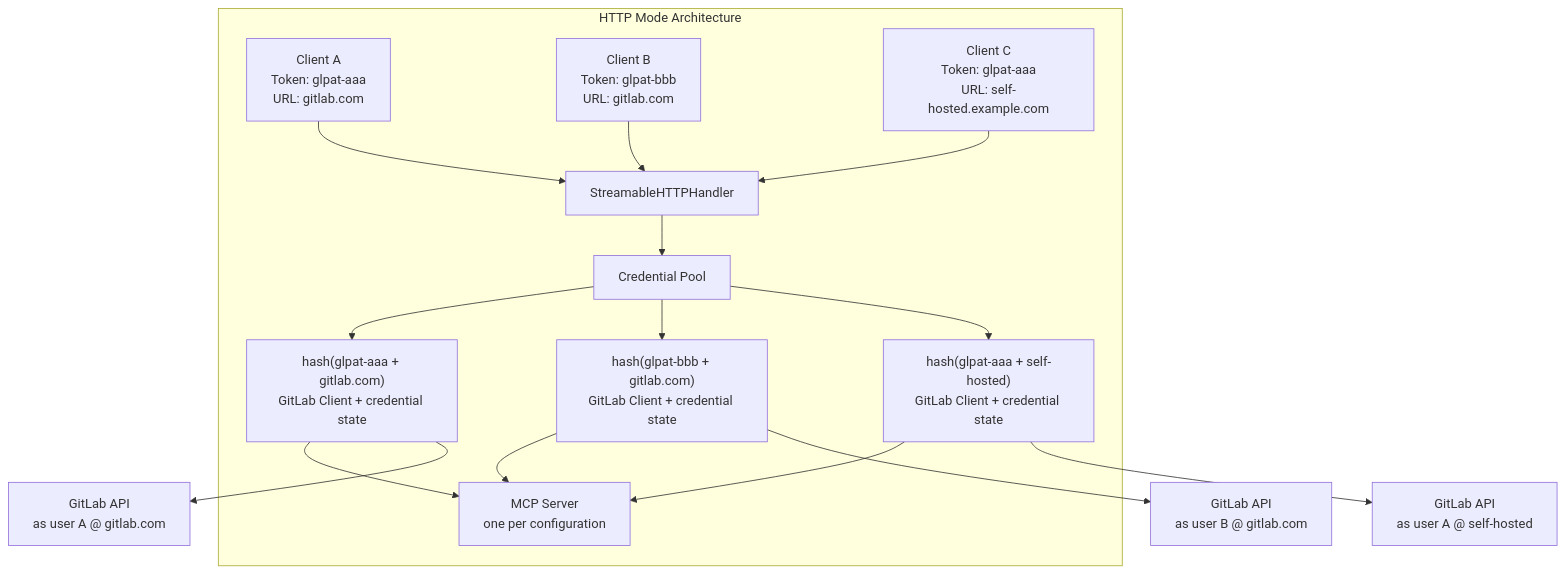
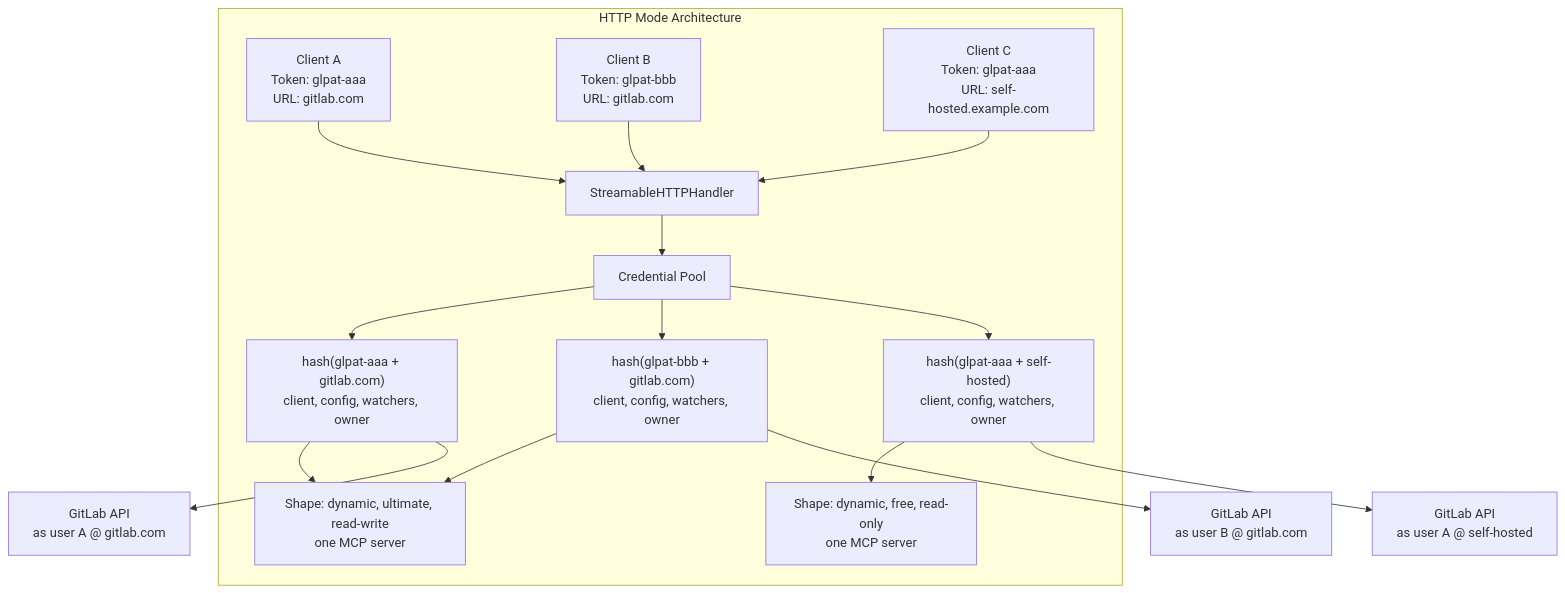
One commit to jmrplens/gitlab-mcp-server changed the second of 2 diagrams in site/src/content/docs/operations/http-server.mdx. Above: the diagram before and after it, drawn with Mermaid. The commit also changed other lines of this file and 25 other files, not shown here.

````diff
--- a/site/src/content/docs/operations/http-server.mdx
+++ b/site/src/content/docs/operations/http-server.mdx
@@ -317,22 +571,22 @@
 ```mermaid
 graph TD
     subgraph "HTTP Mode Architecture"
         REQ1["Client A<br/>Token: glpat-aaa<br/>URL: gitlab.com"] --> HANDLER[StreamableHTTPHandler]
         REQ2["Client B<br/>Token: glpat-bbb<br/>URL: gitlab.com"] --> HANDLER
         REQ3["Client C<br/>Token: glpat-aaa<br/>URL: self-hosted.example.com"] --> HANDLER
 
         HANDLER --> POOL[Credential Pool]
 
-        POOL --> ENTRY1["hash(glpat-aaa + gitlab.com)<br/>GitLab Client + credential state"]
-        POOL --> ENTRY2["hash(glpat-bbb + gitlab.com)<br/>GitLab Client + credential state"]
-        POOL --> ENTRY3["hash(glpat-aaa + self-hosted)<br/>GitLab Client + credential state"]
+        POOL --> ENTRY1["hash(glpat-aaa + gitlab.com)<br/>client, config, watchers, owner"]
+        POOL --> ENTRY2["hash(glpat-bbb + gitlab.com)<br/>client, config, watchers, owner"]
+        POOL --> ENTRY3["hash(glpat-aaa + self-hosted)<br/>client, config, watchers, owner"]
 
-        ENTRY1 --> SHARED["MCP Server<br/>one per configuration"]
-        ENTRY2 --> SHARED
-        ENTRY3 --> SHARED
+        ENTRY1 --> SHAPE1["Shape: dynamic, ultimate, read-write<br/>one MCP server"]
+        ENTRY2 --> SHAPE1
+        ENTRY3 --> SHAPE2["Shape: dynamic, free, read-only<br/>one MCP server"]
     end
 
     ENTRY1 --> GL1["GitLab API<br/>as user A @ gitlab.com"]
     ENTRY2 --> GL2["GitLab API<br/>as user B @ gitlab.com"]
     ENTRY3 --> GL3["GitLab API<br/>as user A @ self-hosted"]
 ```
````
